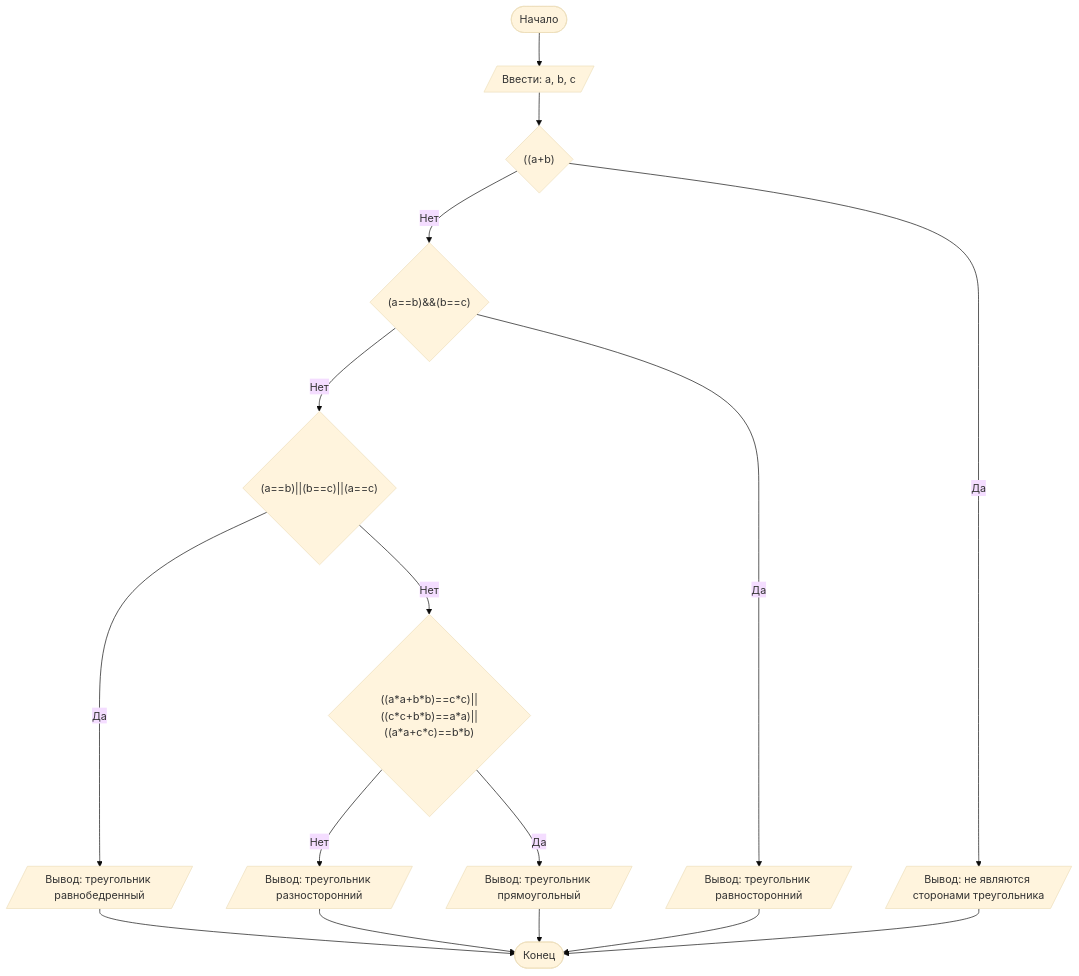
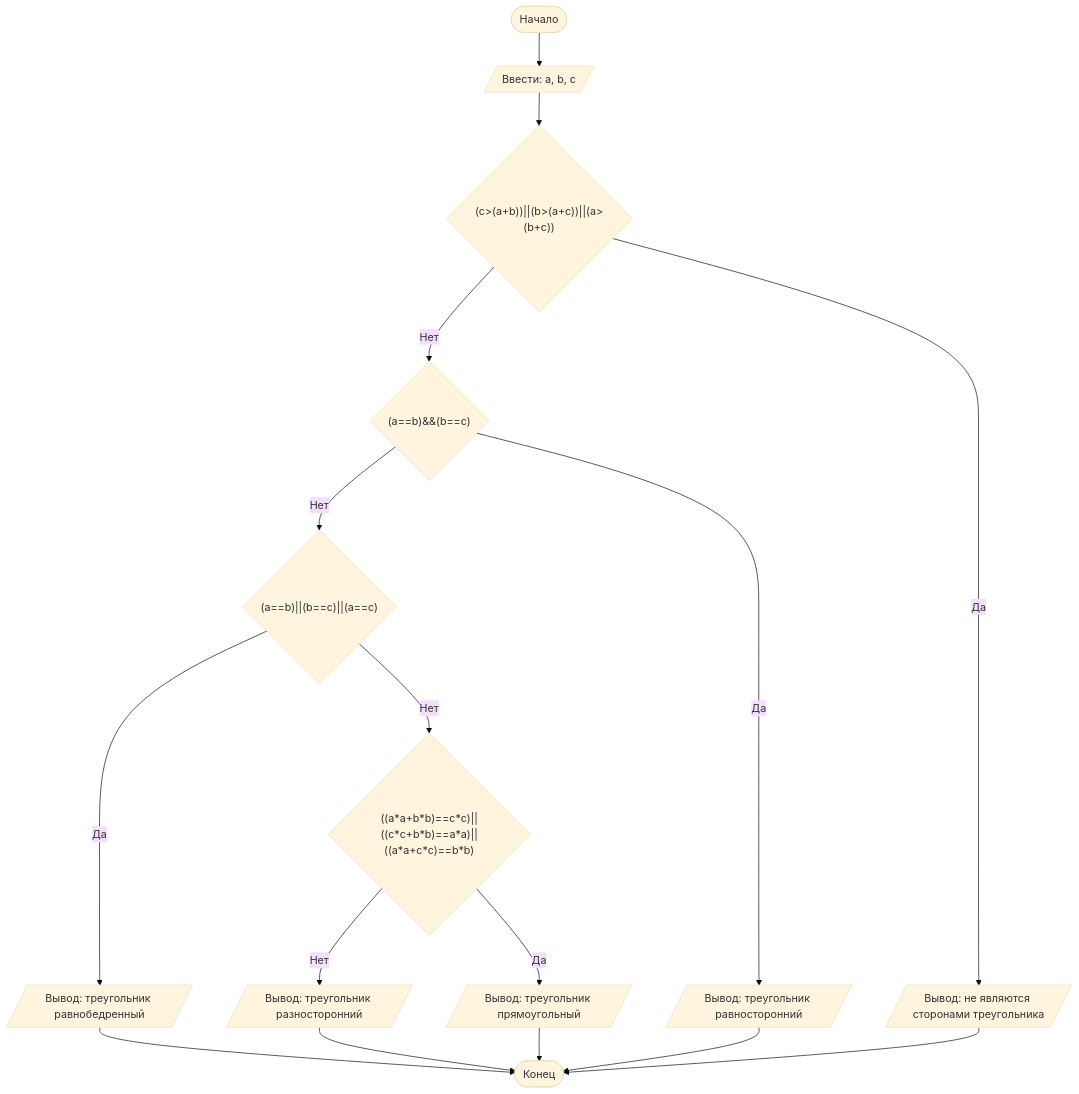
Before and after one commit to Daria-Guseva2401/LabN10: the diagram in README.md, drawn with Mermaid (base theme).

````diff
--- a/README.md
+++ b/README.md
@@ -39,18 +39,18 @@
 ```mermaid
 graph TD
     A([Начало]) --> B[/Ввести: a, b, c/]
-    B --> C{"((a+b)<c)||((a+c)<b)||((b+c)<a)"}
+    B --> C{"(c>(a+b))||(b>(a+c))||(a>(b+c))"}
     C -- Нет --> D{"(a==b)&&(b==c)"}
     C -- Да --> I[/Вывод: не являются сторонами треугольника/]
     D -- Нет --> E{"(a==b)||(b==c)||(a==c)"}
     E -- Нет --> M{"((a*a+b*b)==c*c)||((c*c+b*b)==a*a)||((a*a+c*c)==b*b)"}
     E -- Да --> G[/Вывод: треугольник равнобедренный/]
     D -- Да --> H[/Вывод: треугольник равносторонний/]
     M -- Да --> K[/Вывод: треугольник прямоугольный/]
     M -- Нет --> F[/Вывод: треугольник разносторонний/]
     G --> Z
     F --> Z
     K --> Z
     H --> Z
     I --> Z([Конец])
 ```
````
